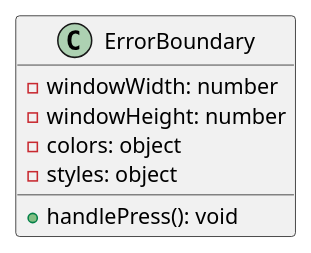
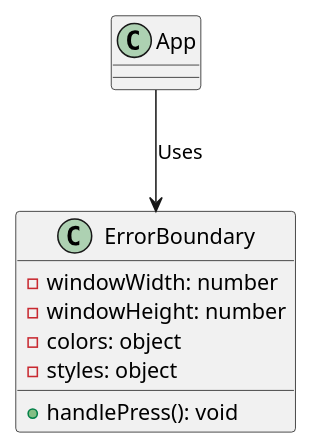
Before and after one commit to Windesheim-AI/UML-diagrams: the diagram in tdd/error-boundary.puml, drawn with PlantUML.

Commit message:
errorBoundary edit

```diff
--- a/tdd/error-boundary.puml
+++ b/tdd/error-boundary.puml
@@ -1,10 +1,17 @@
 @startuml ErrorBoundary
 
 class ErrorBoundary {
   -windowWidth: number
   -windowHeight: number
   -colors: object
   -styles: object
   +handlePress(): void
 }
+
+class App {
+
+}
+
+App --> ErrorBoundary: Uses
+
 @enduml
```
